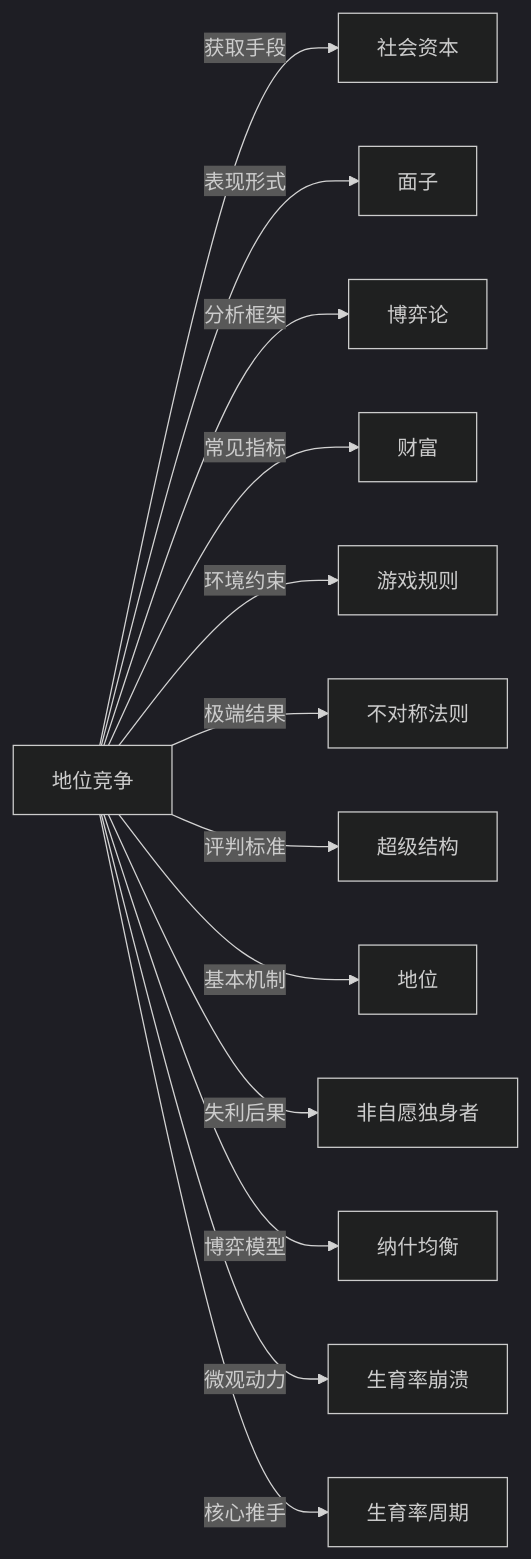
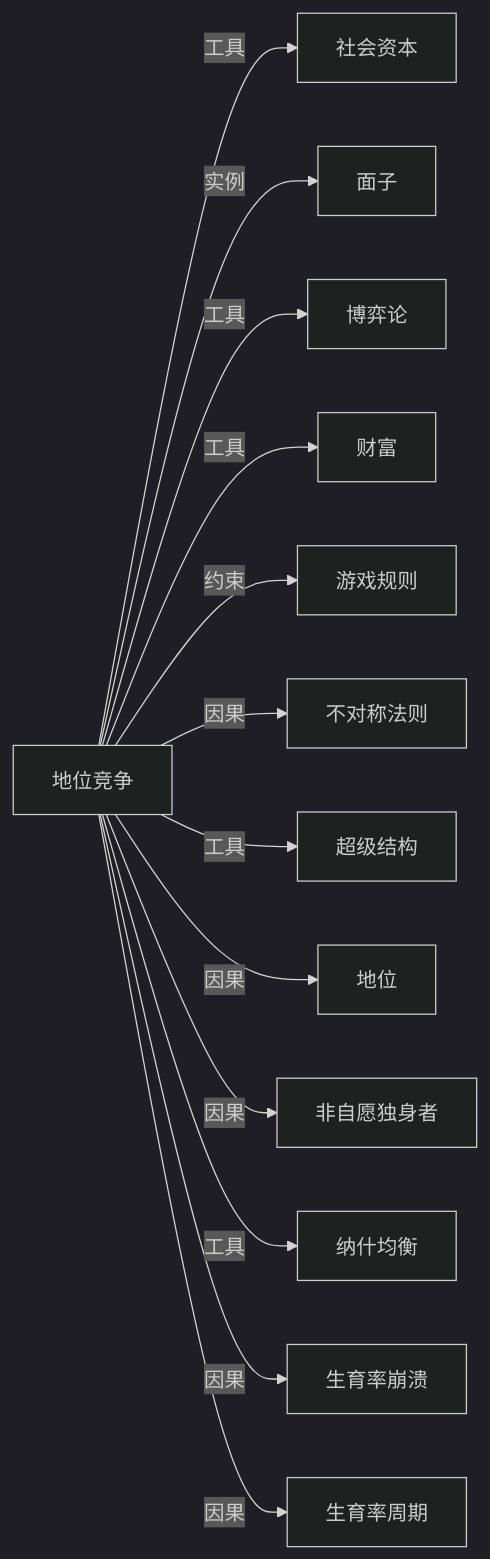
The diagram in Knowledge/Concepts/社会学/地位竞争.md (KIMMCHOW/MyKnowledge), drawn with Mermaid (dark theme) before and after one commit. The commit also changed 95 other files, not shown here.

Commit message:
reorganize: 统一关系图边标签为11类

````diff
--- a/Knowledge/Concepts/社会学/地位竞争.md
+++ b/Knowledge/Concepts/社会学/地位竞争.md
@@ -53,15 +53,15 @@
 ```mermaid
 graph LR
-地位竞争 -->|获取手段| 社会资本
-地位竞争 -->|表现形式| 面子
-地位竞争 -->|分析框架| 博弈论
-地位竞争 -->|常见指标| 财富
-地位竞争 -->|环境约束| 游戏规则
-地位竞争 -->|极端结果| 不对称法则
-地位竞争 -->|评判标准| 超级结构
-地位竞争 -->|基本机制| 地位
-地位竞争 -->|失利后果| 非自愿独身者
-地位竞争 -->|博弈模型| 纳什均衡
-地位竞争 -->|微观动力| 生育率崩溃
-地位竞争 -->|核心推手| 生育率周期
+地位竞争 -->|工具| 社会资本
+地位竞争 -->|实例| 面子
+地位竞争 -->|工具| 博弈论
+地位竞争 -->|工具| 财富
+地位竞争 -->|约束| 游戏规则
+地位竞争 -->|因果| 不对称法则
+地位竞争 -->|工具| 超级结构
+地位竞争 -->|因果| 地位
+地位竞争 -->|因果| 非自愿独身者
+地位竞争 -->|工具| 纳什均衡
+地位竞争 -->|因果| 生育率崩溃
+地位竞争 -->|因果| 生育率周期
 ```
````
